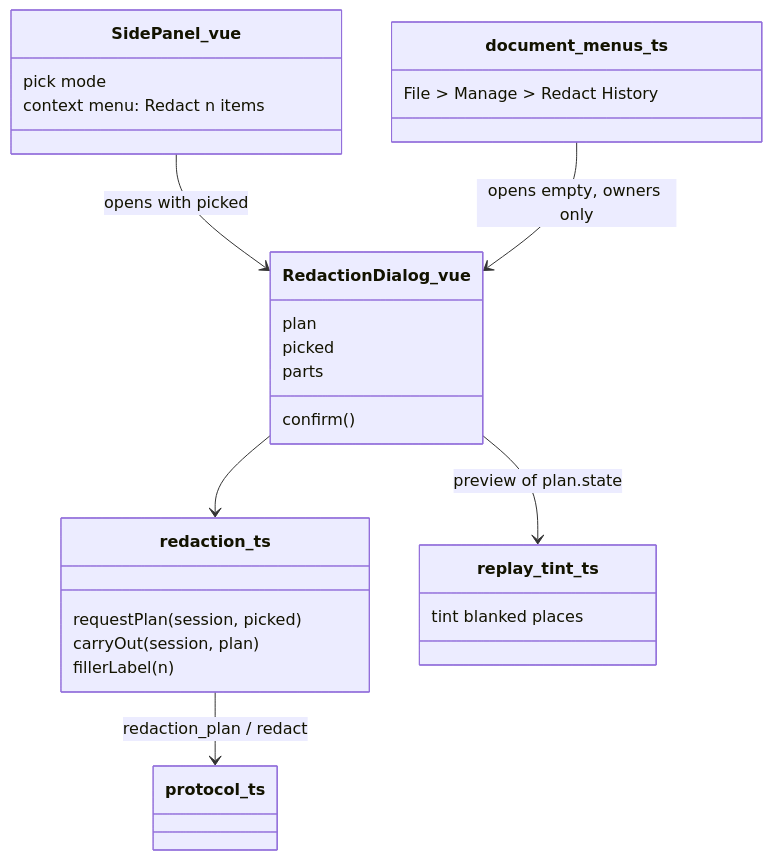
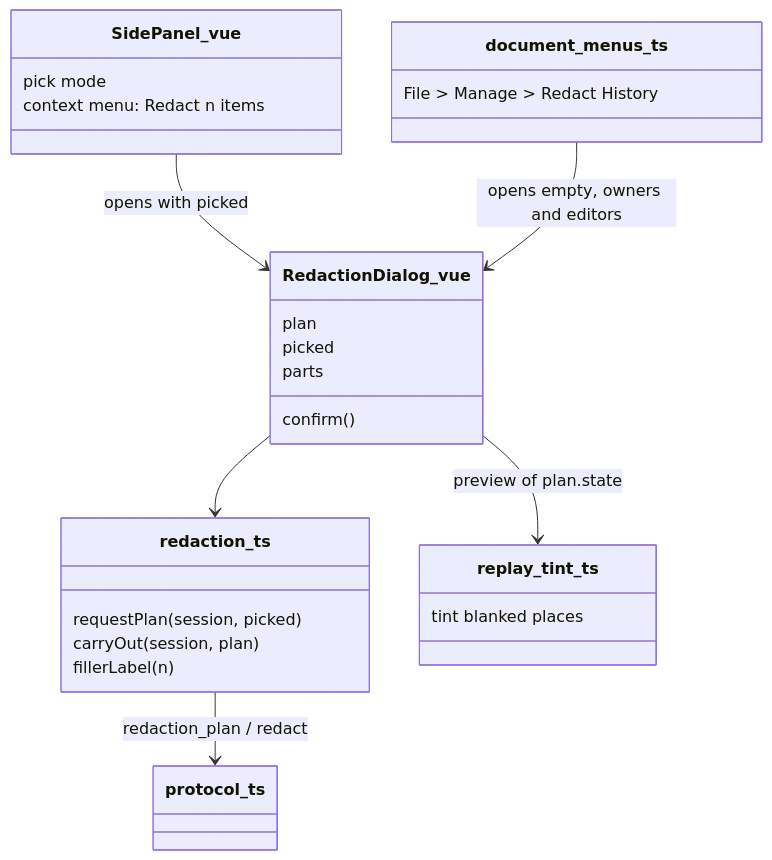
The second of 2 diagrams in claudiaoffice-log/notes/redaction-ui.md (claudiaoffice/claudia), drawn with Mermaid before and after one commit. The commit also changed other lines of this file and 24 other files, not shown here.

First line of the commit message:
Editors redact their own work, owners anything (D727); screen answers (D728)

````diff
--- a/claudiaoffice-log/notes/redaction-ui.md
+++ b/claudiaoffice-log/notes/redaction-ui.md
@@ -61,29 +66,29 @@
 ```mermaid
 classDiagram
     class RedactionDialog_vue {
       plan
       picked
       parts
       confirm()
     }
     class redaction_ts {
       requestPlan(session, picked)
       carryOut(session, plan)
       fillerLabel(n)
     }
     class SidePanel_vue {
       pick mode
       context menu: Redact n items
     }
     class replay_tint_ts {
       tint blanked places
     }
     class document_menus_ts {
       File > Manage > Redact History
     }
     SidePanel_vue --> RedactionDialog_vue : opens with picked
-    document_menus_ts --> RedactionDialog_vue : opens empty, owners only
+    document_menus_ts --> RedactionDialog_vue : opens empty, owners and editors
     RedactionDialog_vue --> redaction_ts
     RedactionDialog_vue --> replay_tint_ts : preview of plan.state
     redaction_ts --> protocol_ts : redaction_plan / redact
 ```
````
